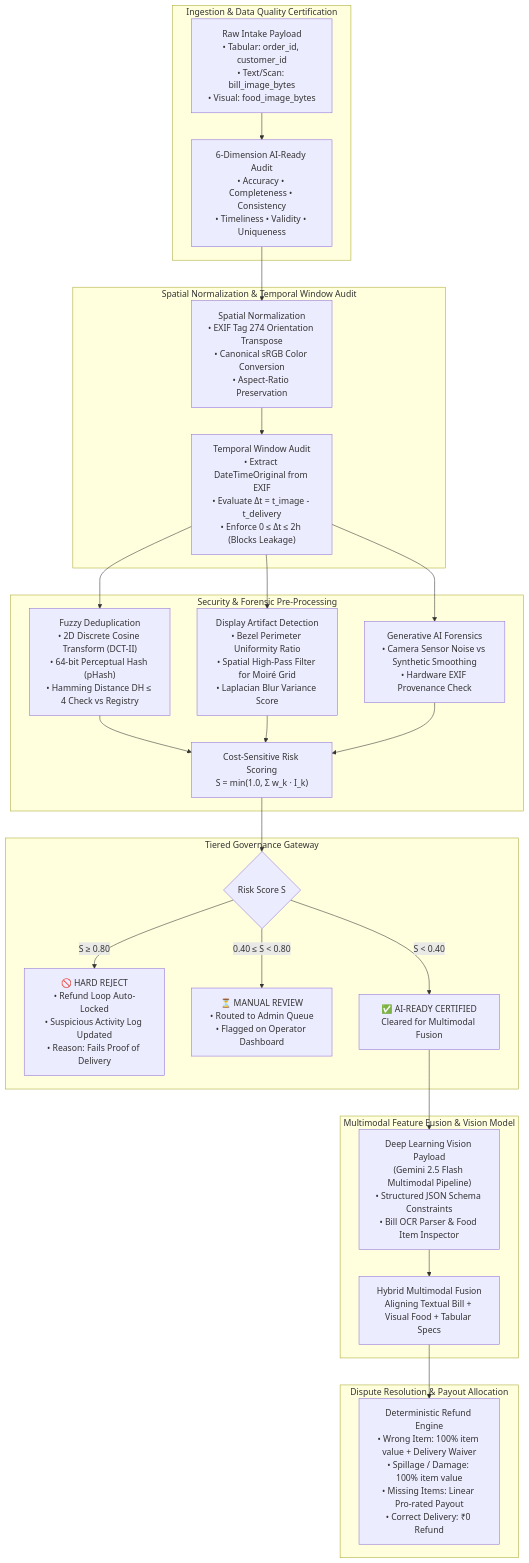
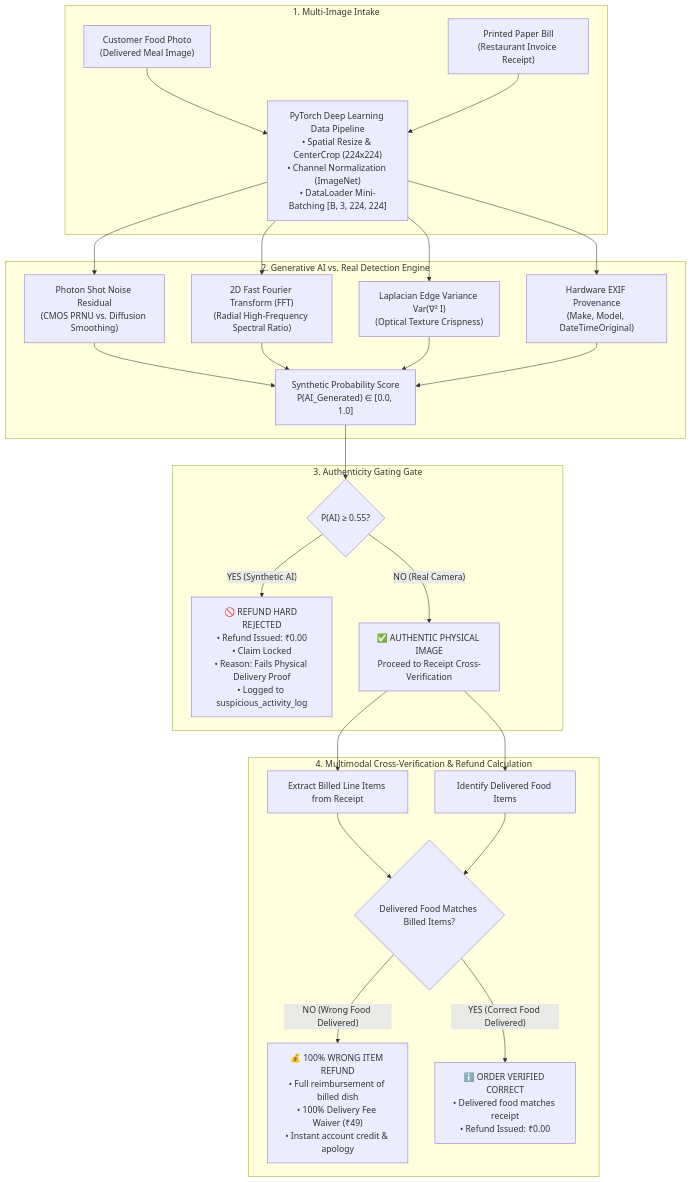
One commit to kushals-bits/Webinar-4 changed the diagram in webinar/FLOW_EXPLANATION_GUIDE.md. Above: the diagram before and after it, drawn with Mermaid. The commit also changed other lines of this file and 16 other files, not shown here.

Commit message:
Restructure webinar around PyTorch pipeline, Generative AI detection, and wrong food refund engine

````diff
--- a/webinar/FLOW_EXPLANATION_GUIDE.md
+++ b/webinar/FLOW_EXPLANATION_GUIDE.md
@@ -29,36 +26,31 @@
 ```mermaid
 flowchart TD
-    subgraph S1["Ingestion & Data Quality Certification"]
-        RAW["Raw Intake Payload\n• Tabular: order_id, customer_id\n• Text/Scan: bill_image_bytes\n• Visual: food_image_bytes"]
-        Q6["6-Dimension AI-Ready Audit\n• Accuracy • Completeness • Consistency\n• Timeliness • Validity • Uniqueness"]
-        RAW --> Q6
+    subgraph Intake["1. Multi-Image Intake"]
+        F_IMG["Customer Food Photo\n(Delivered Meal Image)"]
+        B_IMG["Printed Paper Bill\n(Restaurant Invoice Receipt)"]
+        F_IMG & B_IMG --> PYTORCH["PyTorch Deep Learning Data Pipeline\n• Spatial Resize & CenterCrop (224x224)\n• Channel Normalization (ImageNet)\n• DataLoader Mini-Batching [B, 3, 224, 224]"]
     end
 
-    subgraph S2["Spatial Normalization & Temporal Window Audit"]
-        Q6 --> ORIENT["Spatial Normalization\n• EXIF Tag 274 Orientation Transpose\n• Canonical sRGB Color Conversion\n• Aspect-Ratio Preservation"]
-        ORIENT --> TEMP["Temporal Window Audit\n• Extract DateTimeOriginal from EXIF\n• Evaluate Δt = t_image - t_delivery\n• Enforce 0 ≤ Δt ≤ 2h (Blocks Leakage)"]
+    subgraph Forensic["2. Generative AI vs. Real Detection Engine"]
+        PYTORCH --> NOISE["Photon Shot Noise Residual\n(CMOS PRNU vs. Diffusion Smoothing)"]
+        PYTORCH --> FFT["2D Fast Fourier Transform (FFT)\n(Radial High-Frequency Spectral Ratio)"]
+        PYTORCH --> LAP["Laplacian Edge Variance Var(∇² I)\n(Optical Texture Crispness)"]
+        PYTORCH --> EXIF["Hardware EXIF Provenance\n(Make, Model, DateTimeOriginal)"]
+        
+        NOISE & FFT & LAP & EXIF --> PROB["Synthetic Probability Score\nP(AI_Generated) ∈ [0.0, 1.0]"]
     end
 
-    subgraph S3["Security & Forensic Pre-Processing"]
-        TEMP --> PHASH["Fuzzy Deduplication\n• 2D Discrete Cosine Transform (DCT-II)\n• 64-bit Perceptual Hash (pHash)\n• Hamming Distance DH ≤ 4 Check vs Registry"]
-        TEMP --> SCREEN["Display Artifact Detection\n• Bezel Perimeter Uniformity Ratio\n• Spatial High-Pass Filter for Moiré Grid\n• Laplacian Blur Variance Score"]
-        TEMP --> GENAI["Generative AI Forensics\n• Camera Sensor Noise vs Synthetic Smoothing\n• Hardware EXIF Provenance Check"]
-        PHASH & SCREEN & GENAI --> AGG["Cost-Sensitive Risk Scoring\nS = min(1.0, Σ w_k · I_k)"]
+    subgraph Gating["3. Authenticity Gating Gate"]
+        PROB --> GATE{"P(AI) ≥ 0.55?"}
+        GATE -->|"YES (Synthetic AI)"| REJECT["🚫 REFUND HARD REJECTED\n• Refund Issued: ₹0.00\n• Claim Locked\n• Reason: Fails Physical Delivery Proof\n• Logged to suspicious_activity_log"]
+        GATE -->|"NO (Real Camera)"| VERIFIED["✅ AUTHENTIC PHYSICAL IMAGE\nProceed to Receipt Cross-Verification"]
     end
 
-    subgraph S4["Tiered Governance Gateway"]
-        AGG --> DECISION{"Risk Score S"}
-        DECISION -->|"S ≥ 0.80"| REJECT["🚫 HARD REJECT\n• Refund Loop Auto-Locked\n• Suspicious Activity Log Updated\n• Reason: Fails Proof of Delivery"]
-        DECISION -->|"0.40 ≤ S < 0.80"| REVIEW["⏳ MANUAL REVIEW\n• Routed to Admin Queue\n• Flagged on Operator Dashboard"]
-        DECISION -->|"S < 0.40"| CLEAR["✅ AI-READY CERTIFIED\nCleared for Multimodal Fusion"]
-    end
-
-    subgraph S5["Multimodal Feature Fusion & Vision Model"]
-        CLEAR --> GEMINI["Deep Learning Vision Payload\n(Gemini 2.5 Flash Multimodal Pipeline)\n• Structured JSON Schema Constraints\n• Bill OCR Parser & Food Item Inspector"]
-        GEMINI --> FUSION["Hybrid Multimodal Fusion\nAligning Textual Bill + Visual Food + Tabular Specs"]
-    end
-
-    subgraph S6["Dispute Resolution & Payout Allocation"]
-        FUSION --> ENGINE["Deterministic Refund Engine\n• Wrong Item: 100% item value + Delivery Waiver\n• Spillage / Damage: 100% item value\n• Missing Items: Linear Pro-rated Payout\n• Correct Delivery: ₹0 Refund"]
+    subgraph Matching["4. Multimodal Cross-Verification & Refund Calculation"]
+        VERIFIED --> OCR["Extract Billed Line Items from Receipt"]
+        VERIFIED --> OBSERVE["Identify Delivered Food Items"]
+        OCR & OBSERVE --> MATCH{"Delivered Food Matches Billed Items?"}
+        MATCH -->|"NO (Wrong Food Delivered)"| REFUND_FULL["💰 100% WRONG ITEM REFUND\n• Full reimbursement of billed dish\n• 100% Delivery Fee Waiver (₹49)\n• Instant account credit & apology"]
+        MATCH -->|"YES (Correct Food Delivered)"| REFUND_ZERO["ℹ️ ORDER VERIFIED CORRECT\n• Delivered food matches receipt\n• Refund Issued: ₹0.00"]
     end
 ```
````
